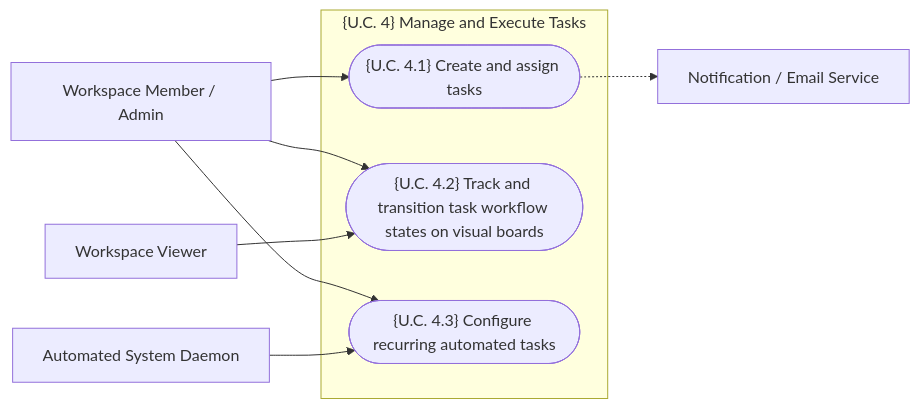
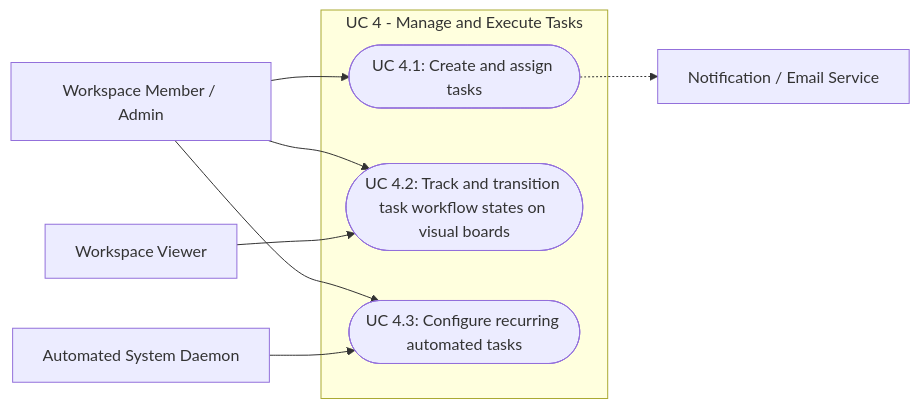
One commit to pauloribeiro16/aegis-mvp changed the fifth of 9 diagrams in cases/Case_01_TinyTask_SaaS/03_PHASE3_SPEC/Doc02_System_Use_Cases.md. Above: the diagram before and after it, drawn with Mermaid. The commit also changed other lines of this file and 1 other file, not shown here.

Commit message:
fix(phase3): remove sequence diagrams and use clean error-free UML Use Case diagrams in Doc02

````diff
--- a/cases/Case_01_TinyTask_SaaS/03_PHASE3_SPEC/Doc02_System_Use_Cases.md
+++ b/cases/Case_01_TinyTask_SaaS/03_PHASE3_SPEC/Doc02_System_Use_Cases.md
@@ -610,20 +440,20 @@
 ```mermaid
 flowchart LR
     Member["Workspace Member / Admin"]
     Viewer["Workspace Viewer"]
     Daemon["Automated System Daemon"]
     Notify["Notification / Email Service"]
 
-    subgraph UC4_Cluster["{U.C. 4} Manage and Execute Tasks"]
-        UC4_1(["{U.C. 4.1} Create and assign tasks"])
-        UC4_2(["{U.C. 4.2} Track and transition task workflow states on visual boards"])
-        UC4_3(["{U.C. 4.3} Configure recurring automated tasks"])
+    subgraph UC4_Cluster ["UC 4 - Manage and Execute Tasks"]
+        UC4_1(["UC 4.1: Create and assign tasks"])
+        UC4_2(["UC 4.2: Track and transition task workflow states on visual boards"])
+        UC4_3(["UC 4.3: Configure recurring automated tasks"])
     end
 
     Member --> UC4_1
     Member --> UC4_2
     Member --> UC4_3
     Viewer --> UC4_2
     Daemon --> UC4_3
     UC4_1 -.-> Notify
 ```
````
